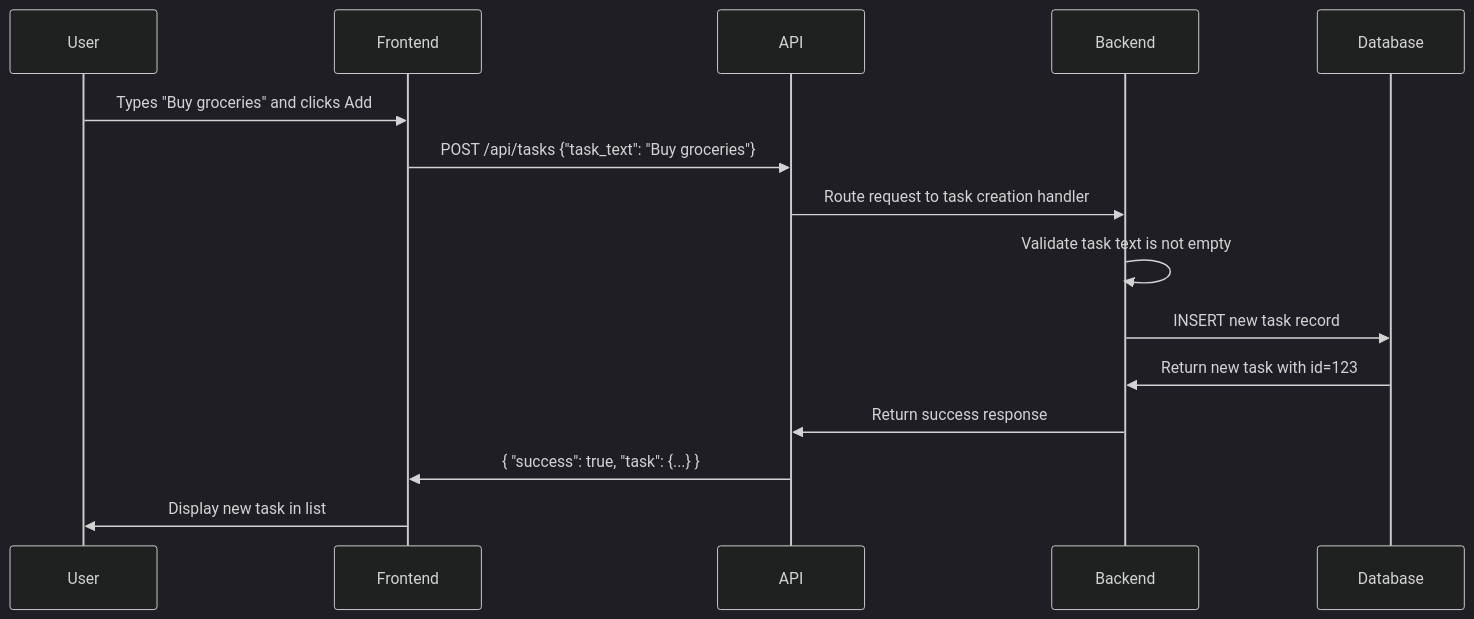
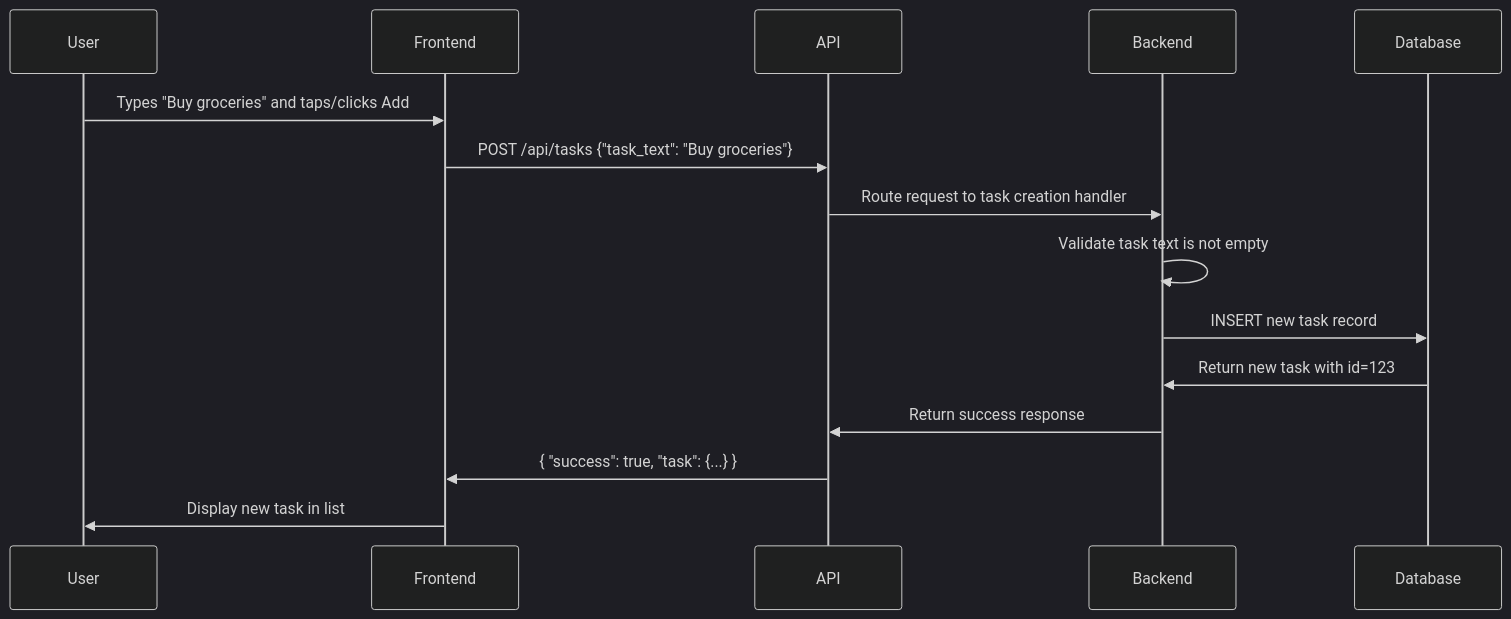
One commit to byu-strategy/ai-pm-bootcamp changed the first of 2 diagrams in 02-spec-driven-development.qmd. Above: the diagram before and after it, drawn with Mermaid (dark theme). The commit also changed other lines of this file and 1 other file, not shown here.

````diff
--- a/02-spec-driven-development.qmd
+++ b/02-spec-driven-development.qmd
@@ -156,18 +167,18 @@
 ```{mermaid}
 sequenceDiagram
     participant User
     participant Frontend
     participant API
     participant Backend
     participant Database
 
-    User->>Frontend: Types "Buy groceries" and clicks Add
+    User->>Frontend: Types "Buy groceries" and taps/clicks Add
     Frontend->>API: POST /api/tasks {"task_text": "Buy groceries"}
     API->>Backend: Route request to task creation handler
     Backend->>Backend: Validate task text is not empty
     Backend->>Database: INSERT new task record
     Database->>Backend: Return new task with id=123
     Backend->>API: Return success response
     API->>Frontend: { "success": true, "task": {...} }
     Frontend->>User: Display new task in list
 ```
````
